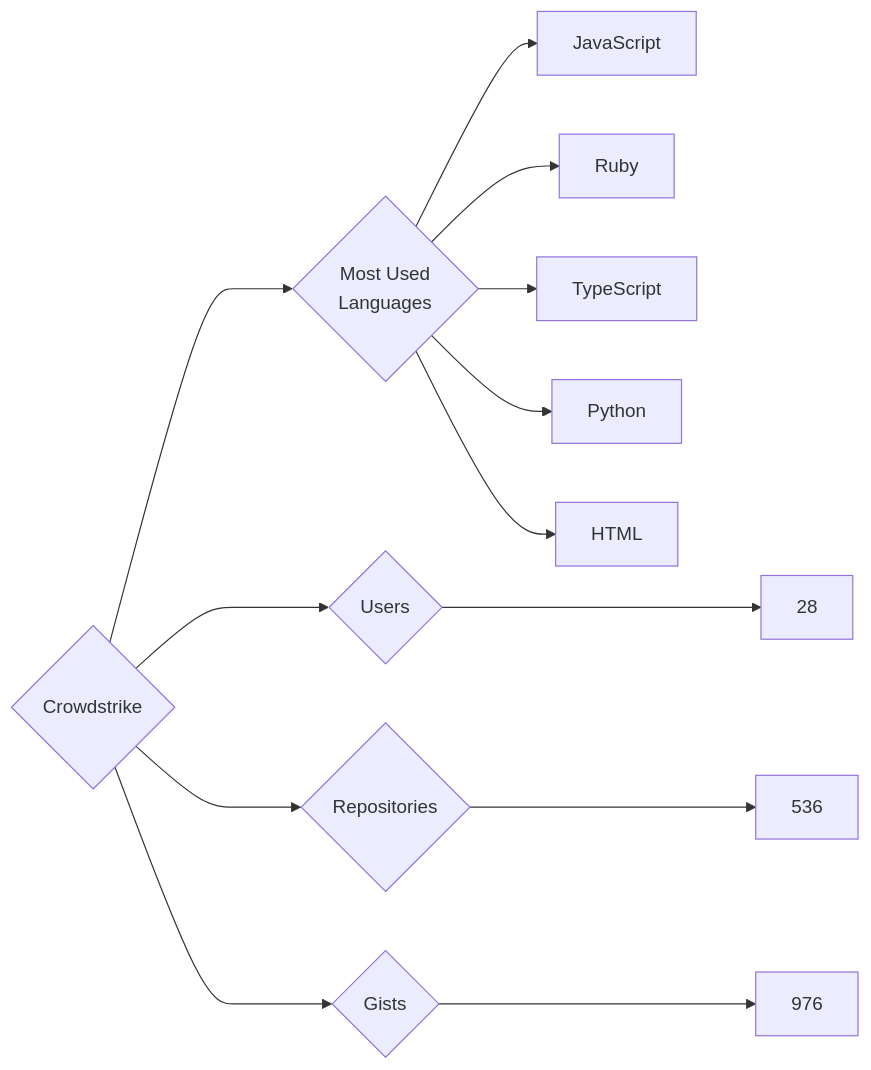
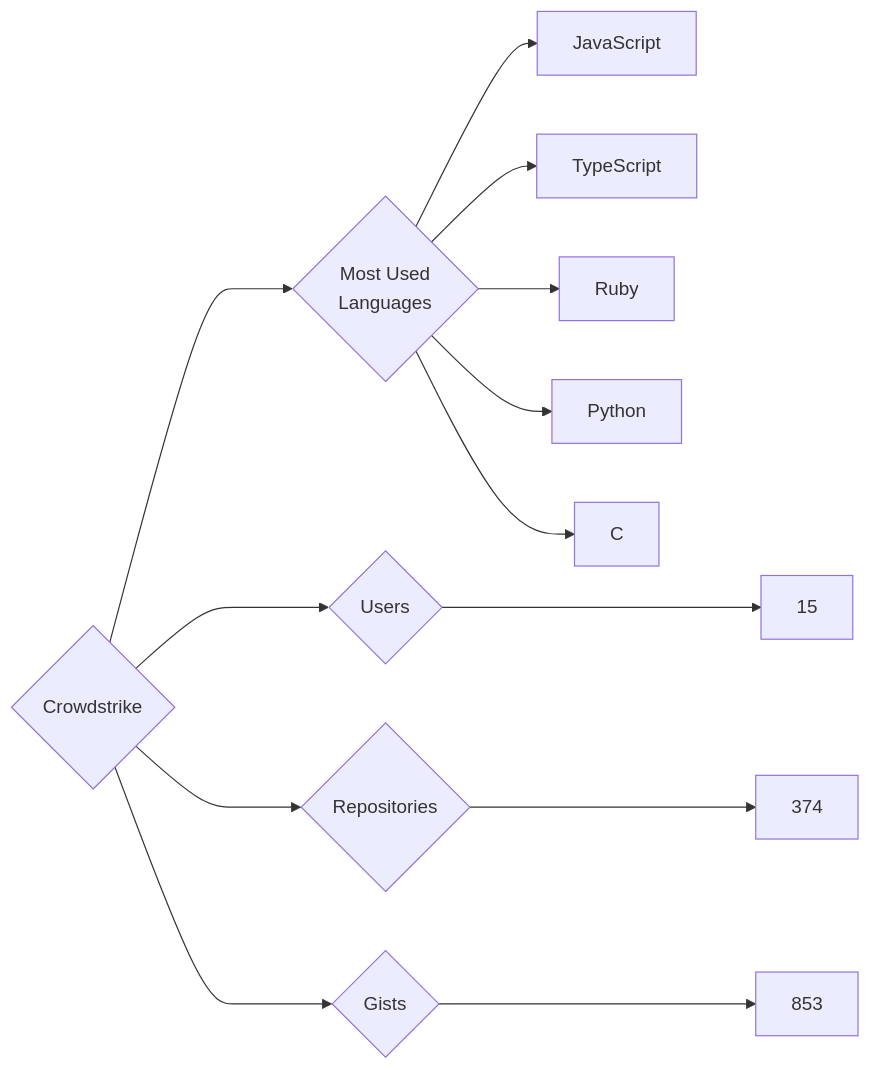
One commit to trickest/insiders changed the diagram in targets/Crowdstrike/README.md. Above: the diagram before and after it, drawn with Mermaid. The commit also changed 636 other files, not shown here.

````diff
--- a/targets/Crowdstrike/README.md
+++ b/targets/Crowdstrike/README.md
@@ -3,13 +3,13 @@
 ```mermaid
 graph LR
 COMPANY_NAME{Crowdstrike}
-COMPANY_NAME ---> U{Users} ---> UN[28]
-COMPANY_NAME ---> R{Repositories} ---> RN[536]
-COMPANY_NAME ---> G{Gists} ---> GN[976]
+COMPANY_NAME ---> U{Users} ---> UN[15]
+COMPANY_NAME ---> R{Repositories} ---> RN[374]
+COMPANY_NAME ---> G{Gists} ---> GN[853]
 COMPANY_NAME ---> ML{Most Used<br>Languages}
 ML --> JavaScript[JavaScript]
+ML --> TypeScript[TypeScript]
 ML --> Ruby[Ruby]
-ML --> TypeScript[TypeScript]
 ML --> Python[Python]
-ML --> HTML[HTML]
+ML --> C[C]
 ```
````
